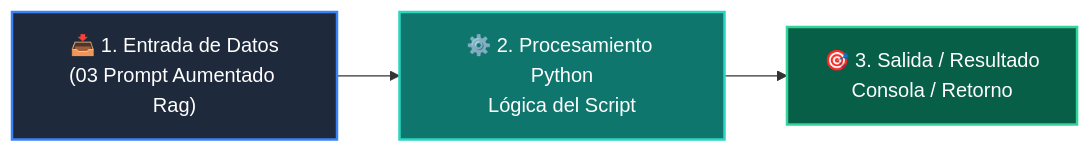
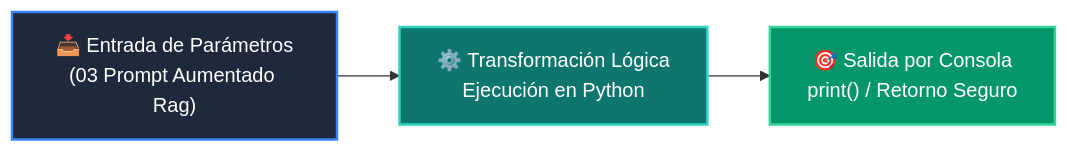
One commit to wisrovi/wisrovi-python changed the diagram in 03-agentes-ia/clase-06-arquitecturas-rag/ejemplos/ejemplo_03_prompt_aumentado_rag/README.md. Above: the diagram before and after it, drawn with Mermaid. The commit also changed other lines of this file and 226 other files, not shown here.

Commit message:
docs: elevate all repository READMEs to world-class mastery standard with rich pedagogical architecture, custom Mermaids, and professional styling

````diff
--- a/03-agentes-ia/clase-06-arquitecturas-rag/ejemplos/ejemplo_03_prompt_aumentado_rag/README.md
+++ b/03-agentes-ia/clase-06-arquitecturas-rag/ejemplos/ejemplo_03_prompt_aumentado_rag/README.md
@@ -12,9 +19,9 @@
 ```mermaid
 flowchart LR
-    A["📥 1. Entrada de Datos<br/>(03 Prompt Aumentado Rag)"] --> B["⚙️ 2. Procesamiento Python<br/>Lógica del Script"]
-    B --> C["🎯 3. Salida / Resultado<br/>Consola / Retorno"]
+    A["📥 Entrada de Parámetros<br/>(03 Prompt Aumentado Rag)"] --> B["⚙️ Transformación Lógica<br/>Ejecución en Python"]
+    B --> C["🎯 Salida por Consola<br/>print() / Retorno Seguro"]
 
-    style A fill:#1e293b,color:#fff,stroke:#3b82f6,stroke-width:2px
-    style B fill:#0f766e,color:#fff,stroke:#2dd4bf,stroke-width:2px
-    style C fill:#065f46,color:#fff,stroke:#34d399,stroke-width:2px
+    style A fill:#1e293b,color:#ffffff,stroke:#3b82f6,stroke-width:2px
+    style B fill:#0f766e,color:#ffffff,stroke:#2dd4bf,stroke-width:2px
+    style C fill:#059669,color:#ffffff,stroke:#34d399,stroke-width:2px
 ```
````
